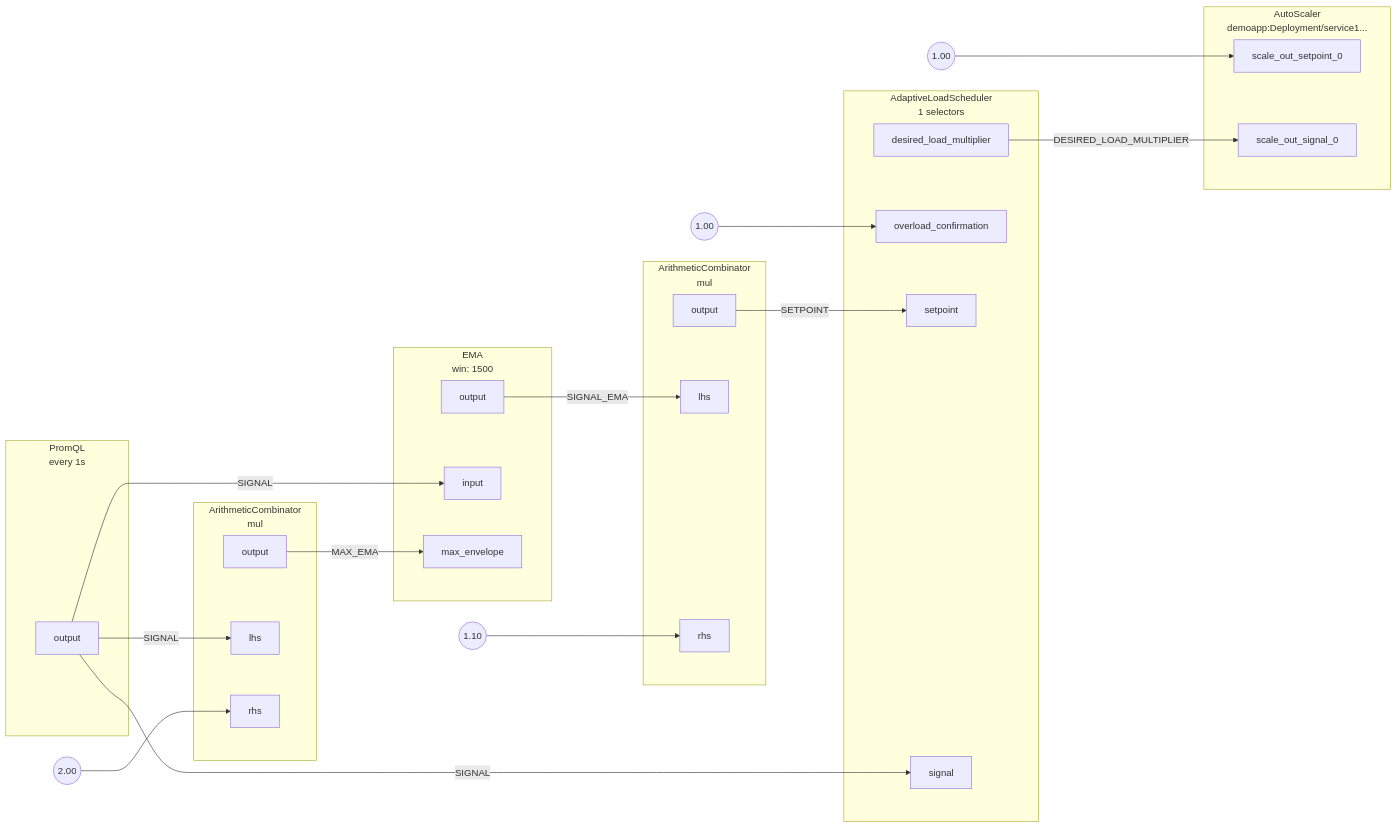
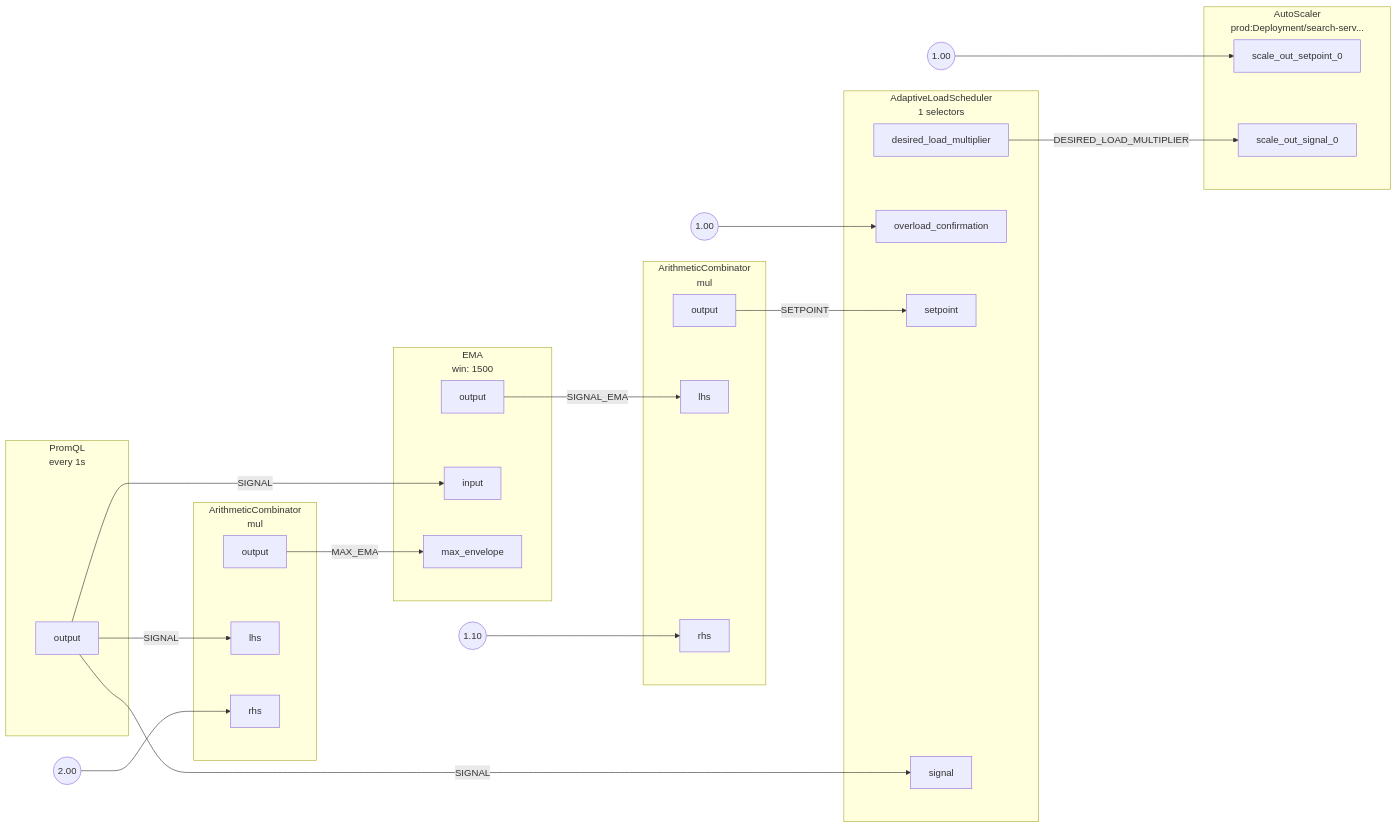
One commit to dataongunlaws/aperture changed the diagram in docs/content/use-cases/auto-scale/load-based-auto-scaling/assets/graph.mmd. Above: the diagram before and after it, drawn with Mermaid. The commit also changed 99 other files, not shown here.

```diff
--- a/docs/content/use-cases/auto-scale/load-based-auto-scaling/assets/graph.mmd
+++ b/docs/content/use-cases/auto-scale/load-based-auto-scaling/assets/graph.mmd
@@ -1,74 +1,74 @@
 flowchart LR
 subgraph root.0[<center>AdaptiveLoadScheduler<br/>1 selectors</center>]
 subgraph root.0_inports[ ]
 style root.0_inports fill:none,stroke:none
 root.0overload_confirmation[overload_confirmation]
 root.0setpoint[setpoint]
 root.0signal[signal]
 end
 subgraph root.0_outports[ ]
 style root.0_outports fill:none,stroke:none
 root.0desired_load_multiplier[desired_load_multiplier]
 end
 end
 root.0_overload_confirmation_FakeConstantout((1.00))
-subgraph root.1[<center>AutoScaler<br/>demoapp:Deployment/service1...</center>]
+subgraph root.1[<center>AutoScaler<br/>prod:Deployment/search-serv...</center>]
 subgraph root.1_inports[ ]
 style root.1_inports fill:none,stroke:none
 root.1scale_out_setpoint_0[scale_out_setpoint_0]
 root.1scale_out_signal_0[scale_out_signal_0]
 end
 end
 root.1_scale_out_setpoint_0_FakeConstantout((1.00))
 subgraph root.2[<center>PromQL<br/>every 1s</center>]
 subgraph root.2_outports[ ]
 style root.2_outports fill:none,stroke:none
 root.2output[output]
 end
 end
 subgraph root.3[<center>ArithmeticCombinator<br/>mul</center>]
 subgraph root.3_inports[ ]
 style root.3_inports fill:none,stroke:none
 root.3lhs[lhs]
 root.3rhs[rhs]
 end
 subgraph root.3_outports[ ]
 style root.3_outports fill:none,stroke:none
 root.3output[output]
 end
 end
 root.3_rhs_FakeConstantout((2.00))
 subgraph root.4[<center>EMA<br/>win: 1500</center>]
 subgraph root.4_inports[ ]
 style root.4_inports fill:none,stroke:none
 root.4input[input]
 root.4max_envelope[max_envelope]
 end
 subgraph root.4_outports[ ]
 style root.4_outports fill:none,stroke:none
 root.4output[output]
 end
 end
 subgraph root.5[<center>ArithmeticCombinator<br/>mul</center>]
 subgraph root.5_inports[ ]
 style root.5_inports fill:none,stroke:none
 root.5lhs[lhs]
 root.5rhs[rhs]
 end
 subgraph root.5_outports[ ]
 style root.5_outports fill:none,stroke:none
 root.5output[output]
 end
 end
 root.5_rhs_FakeConstantout((1.10))
 root.0desired_load_multiplier --> |DESIRED_LOAD_MULTIPLIER| root.1scale_out_signal_0
 root.0_overload_confirmation_FakeConstantout --> root.0overload_confirmation
 root.1_scale_out_setpoint_0_FakeConstantout --> root.1scale_out_setpoint_0
 root.2output --> |SIGNAL| root.0signal
 root.2output --> |SIGNAL| root.3lhs
 root.2output --> |SIGNAL| root.4input
 root.3output --> |MAX_EMA| root.4max_envelope
 root.3_rhs_FakeConstantout --> root.3rhs
 root.4output --> |SIGNAL_EMA| root.5lhs
 root.5output --> |SETPOINT| root.0setpoint
 root.5_rhs_FakeConstantout --> root.5rhs
```
